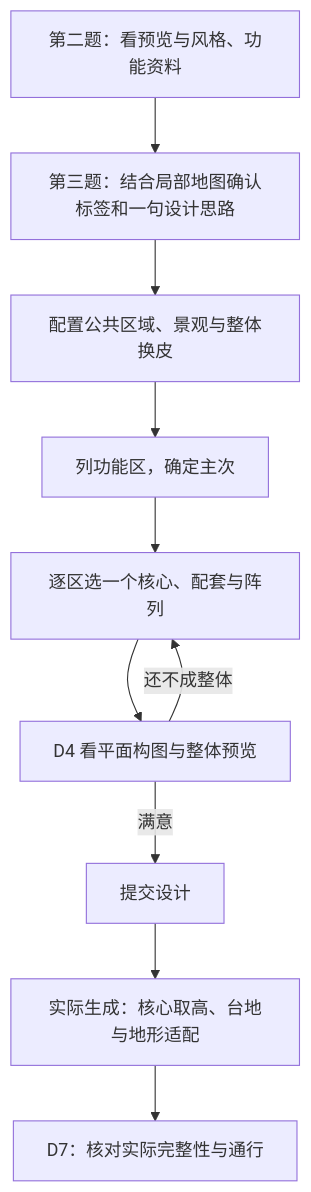
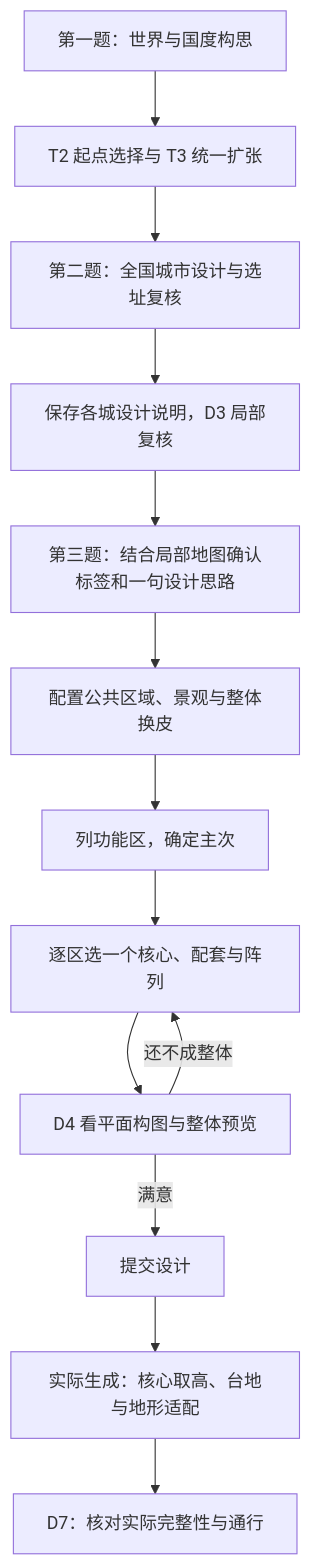
Before and after one commit to RinsingEL/designer_territoryMod: the diagram in docs/10_product/城市设计与完整落地/README.md, drawn with Mermaid. The commit also changed other lines of this file and 6 other files, not shown here.

````diff
--- a/docs/10_product/城市设计与完整落地/README.md
+++ b/docs/10_product/城市设计与完整落地/README.md
@@ -5,12 +5,15 @@
 ```mermaid
 flowchart TD
-  A[第二题：看预览与风格、功能资料] --> B[第三题：结合局部地图确认标签和一句设计思路]
+  W[第一题：世界与国度构思] --> T[T2 起点选择与 T3 统一扩张]
+  T --> A[第二题：全国城市设计与选址复核]
+  A --> J[保存各城设计说明，D3 局部复核]
+  J --> B[第三题：结合局部地图确认标签和一句设计思路]
   B --> C[配置公共区域、景观与整体换皮]
   C --> D[列功能区，确定主次]
   D --> E[逐区选一个核心、配套与阵列]
   E --> F[D4 看平面构图与整体预览]
   F -->|还不成整体| E
   F -->|满意| G[提交设计]
   G --> H[实际生成：核心取高、台地与地形适配]
   H --> I[D7：核对实际完整性与通行]
 ```
````
